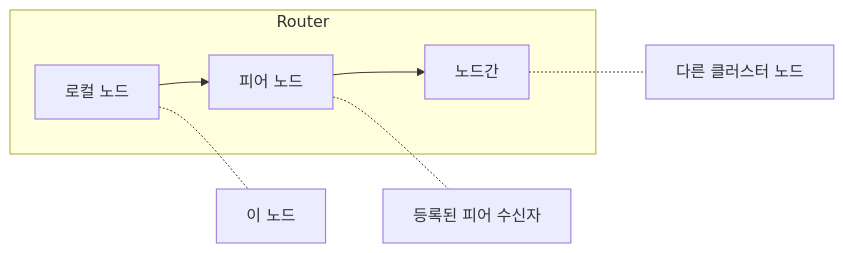
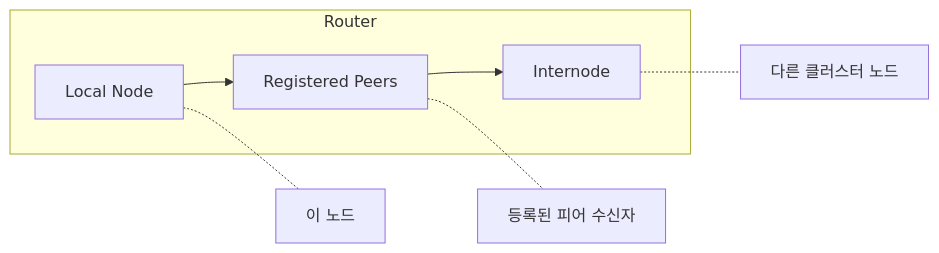
One commit to wippyai/docs changed the third of 3 diagrams in ko/internals/architecture.md. Above: the diagram before and after it, drawn with Mermaid. The commit also changed other lines of this file and 870 other files, not shown here.

````diff
--- a/ko/internals/architecture.md
+++ b/ko/internals/architecture.md
@@ -169,11 +168,11 @@
 ```mermaid
 flowchart LR
     subgraph Router
-        Local[로컬 노드] --> Peer[피어 노드]
-        Peer --> Inter[노드간]
+        Local[Local Node] --> Peer[Registered Peers]
+        Peer --> Inter[Internode]
     end
 
     Local -.- L[이 노드]
     Peer -.- P[등록된 피어 수신자]
     Inter -.- I[다른 클러스터 노드]
 ```
````
